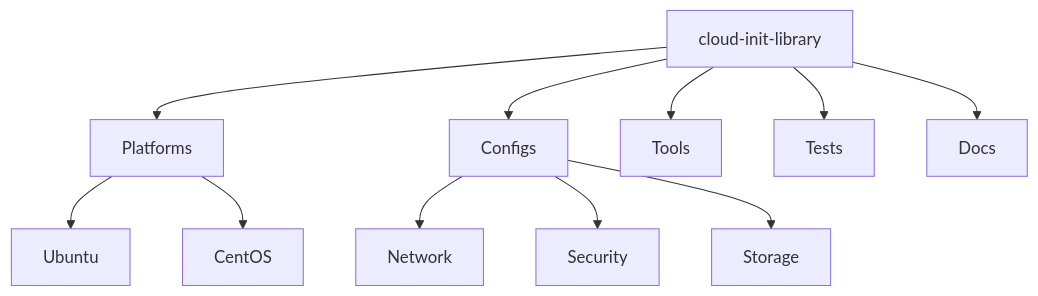
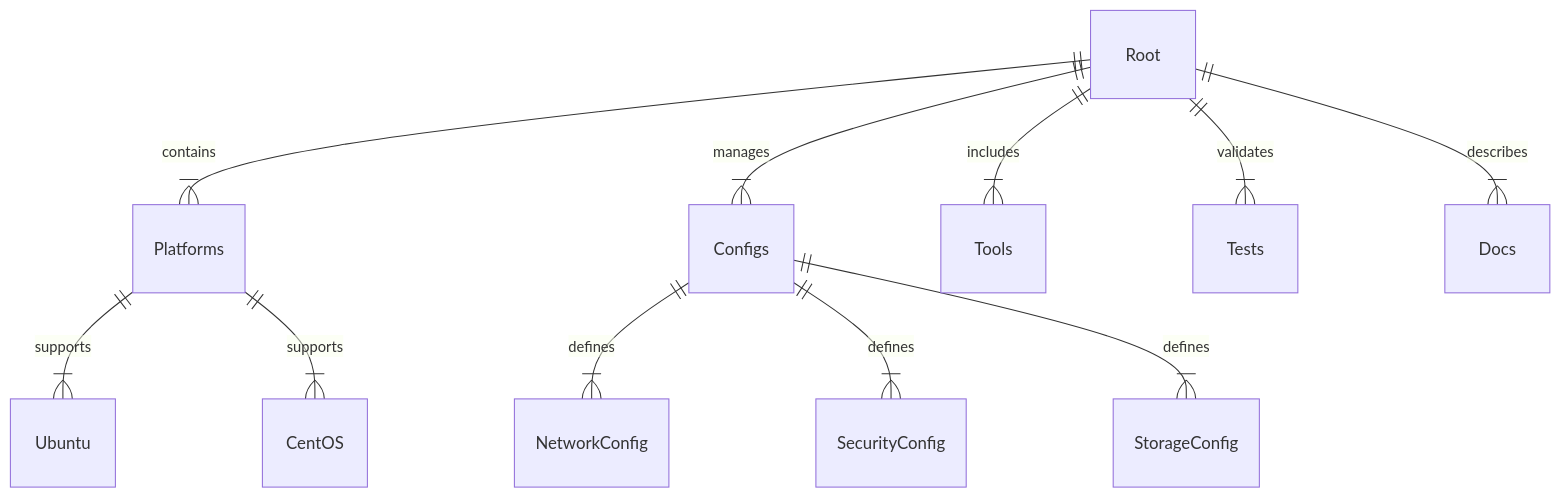
One commit to rbcmgs/cloud-init-library changed the second of 3 diagrams in README.md. Above: the diagram before and after it, drawn with Mermaid. The commit also changed other lines of this file, not shown here.

Commit message:
Refactor README.md to replace flowchart syntax with entity-relationship diagram syntax

````diff
--- a/README.md
+++ b/README.md
@@ -44,13 +47,13 @@
 ```mermaid
-graph TD
-  Root[cloud-init-library] --> Platforms
-  Root --> Configs
-  Root --> Tools
-  Root --> Tests
-  Root --> Docs
-  Platforms --> Ubuntu
-  Platforms --> CentOS
-  Configs --> NetworkConfig[Network]
-  Configs --> SecurityConfig[Security]
-  Configs --> StorageConfig[Storage]
+erDiagram
+  Root ||--|{ Platforms : contains
+  Root ||--|{ Configs : manages
+  Root ||--|{ Tools : includes
+  Root ||--|{ Tests : validates
+  Root ||--|{ Docs : describes
+  Platforms ||--|{ Ubuntu : supports
+  Platforms ||--|{ CentOS : supports
+  Configs ||--|{ NetworkConfig : defines
+  Configs ||--|{ SecurityConfig : defines
+  Configs ||--|{ StorageConfig : defines
 ```
````
